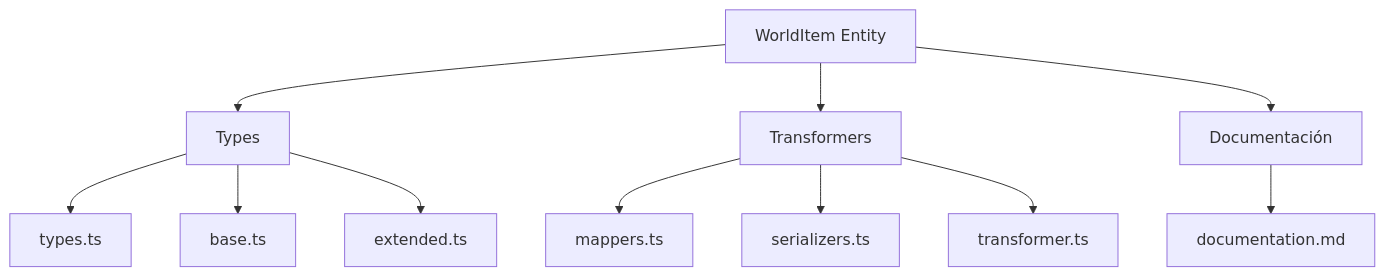
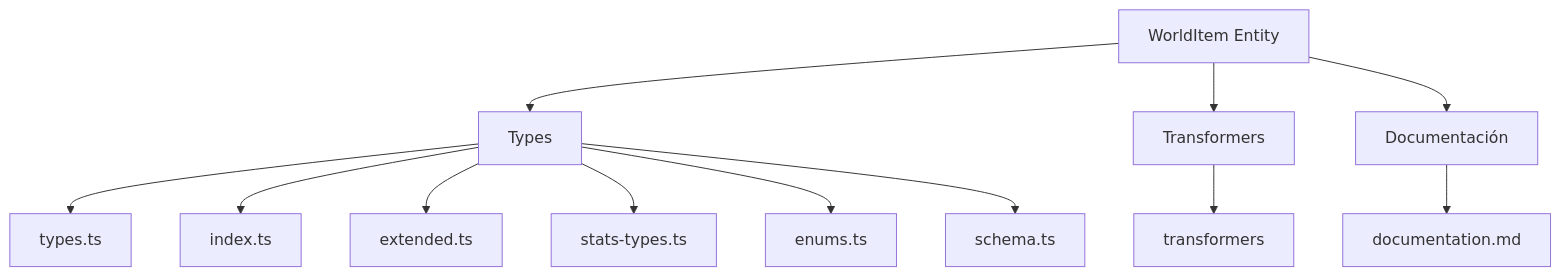
The first of 2 diagrams in src/types/entities/world-item/documentation.md (gvastethecreator/media-manager), drawn with Mermaid before and after one commit. The commit also changed other lines of this file and 207 other files, not shown here.

````diff
--- a/src/types/entities/world-item/documentation.md
+++ b/src/types/entities/world-item/documentation.md
@@ -9,13 +9,14 @@
 ```mermaid
 graph TD
     A[WorldItem Entity] --> B[Types]
     A --> C[Transformers]
     A --> D[Documentación]
     B --> B1[types.ts]
-    B --> B2[base.ts]
+    B --> B2[index.ts]
     B --> B3[extended.ts]
-    C --> C1[mappers.ts]
-    C --> C2[serializers.ts]
-    C --> C3[transformer.ts]
+    B --> B4[stats-types.ts]
+    B --> B5[enums.ts]
+    B --> B6[schema.ts]
+    C --> C1[transformers]
     D --> D1[documentation.md]
 ```
````
